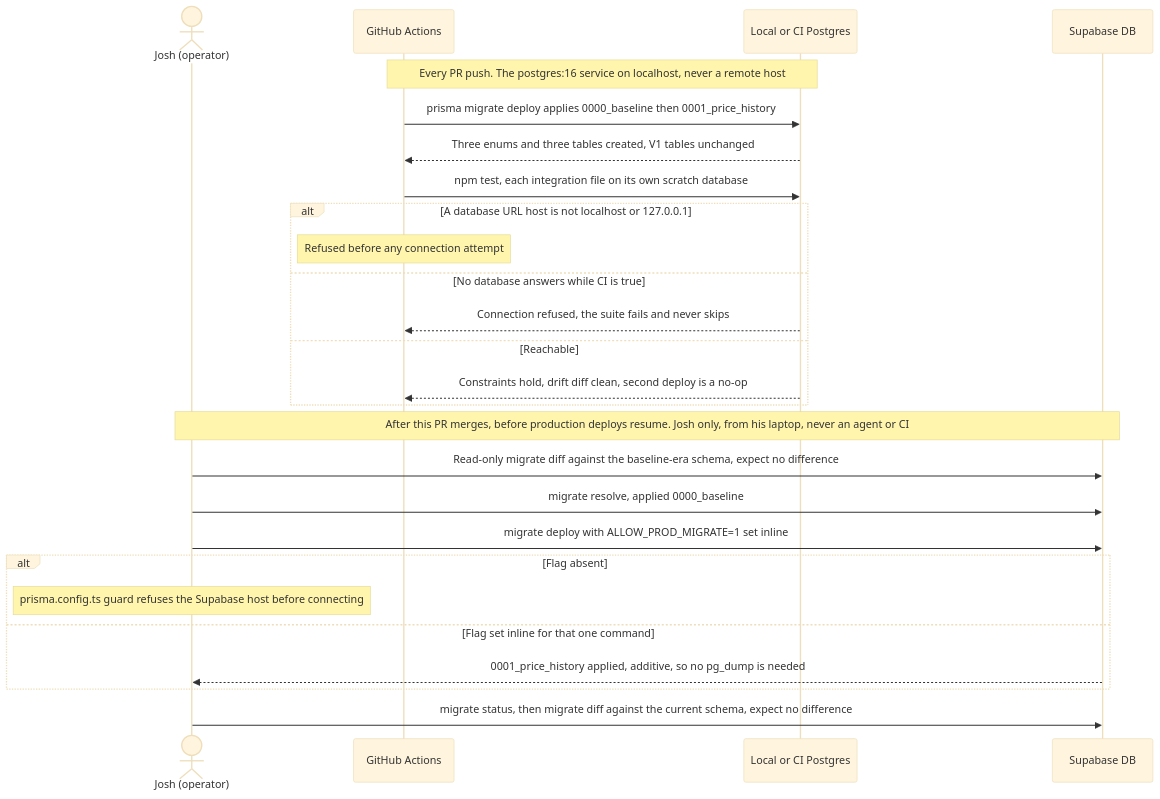
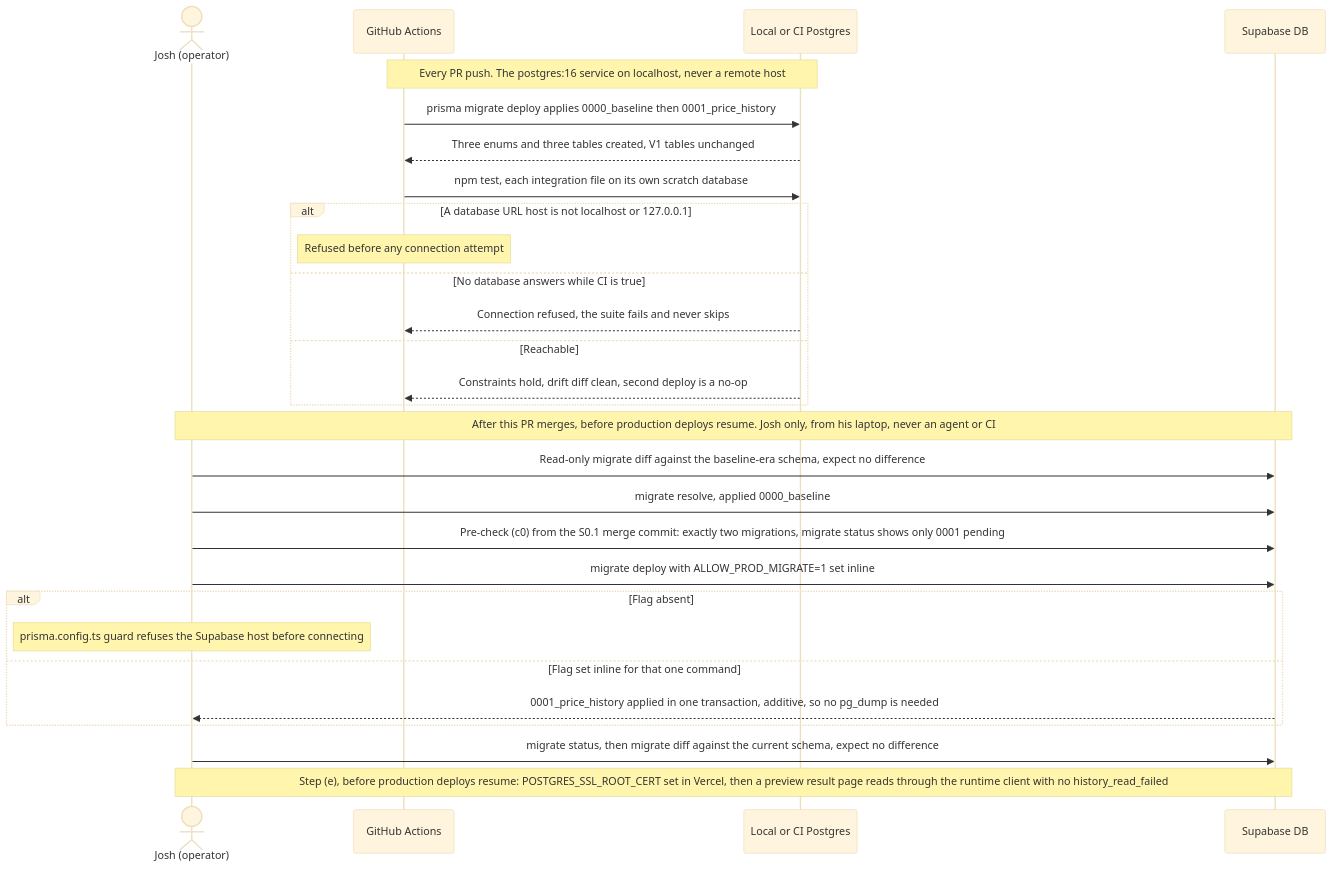
One commit to ayfor/mox-market changed the first of 3 diagrams in docs/plans/S0.1-price-history-schema-reader.md. Above: the diagram before and after it, drawn with Mermaid (base theme). The commit also changed other lines of this file and 25 other files, not shown here.

````diff
--- a/docs/plans/S0.1-price-history-schema-reader.md
+++ b/docs/plans/S0.1-price-history-schema-reader.md
@@ -98,28 +98,30 @@
 ```mermaid
 sequenceDiagram
     actor JO as Josh (operator)
     participant CI as GitHub Actions
     participant LDB as Local or CI Postgres
     participant DB as Supabase DB
     Note over CI,LDB: Every PR push. The postgres:16 service on localhost, never a remote host
     CI->>LDB: prisma migrate deploy applies 0000_baseline then 0001_price_history
     LDB-->>CI: Three enums and three tables created, V1 tables unchanged
     CI->>LDB: npm test, each integration file on its own scratch database
     alt A database URL host is not localhost or 127.0.0.1
         Note over CI: Refused before any connection attempt
     else No database answers while CI is true
         LDB-->>CI: Connection refused, the suite fails and never skips
     else Reachable
         LDB-->>CI: Constraints hold, drift diff clean, second deploy is a no-op
     end
     Note over JO,DB: After this PR merges, before production deploys resume. Josh only, from his laptop, never an agent or CI
     JO->>DB: Read-only migrate diff against the baseline-era schema, expect no difference
     JO->>DB: migrate resolve, applied 0000_baseline
+    JO->>DB: Pre-check (c0) from the S0.1 merge commit: exactly two migrations, migrate status shows only 0001 pending
     JO->>DB: migrate deploy with ALLOW_PROD_MIGRATE=1 set inline
     alt Flag absent
         Note over JO: prisma.config.ts guard refuses the Supabase host before connecting
     else Flag set inline for that one command
-        DB-->>JO: 0001_price_history applied, additive, so no pg_dump is needed
+        DB-->>JO: 0001_price_history applied in one transaction, additive, so no pg_dump is needed
     end
     JO->>DB: migrate status, then migrate diff against the current schema, expect no difference
+    Note over JO,DB: Step (e), before production deploys resume: POSTGRES_SSL_ROOT_CERT set in Vercel, then a preview result page reads through the runtime client with no history_read_failed
 ```
````
